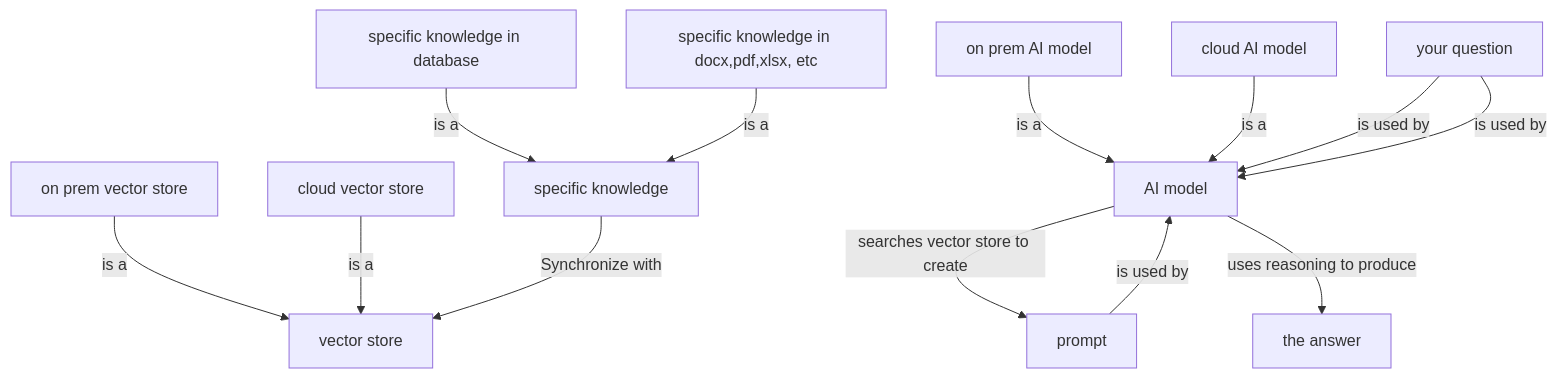
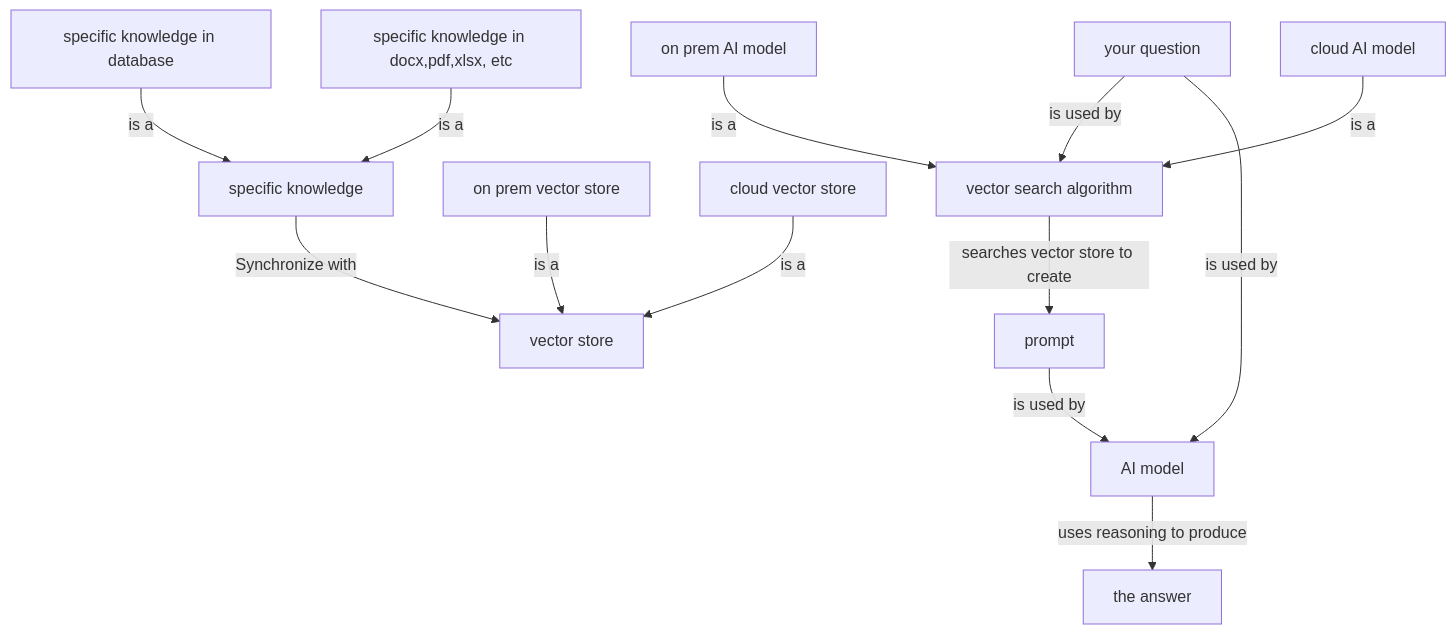
Before and after one commit to milan888-design/special-purpose-ai: the second of 2 diagrams in README.md, drawn with Mermaid. The commit also changed other lines of this file, not shown here.

````diff
--- a/README.md
+++ b/README.md
@@ -31,15 +31,15 @@
 ```mermaid  
 flowchart TD   
     H[specific knowledge in database]-->|is a|A[specific knowledge]   
     I[specific knowledge in docx,pdf,xlsx, etc]-->|is a|A[specific knowledge]    
     J[on prem vector store]-->|is a|B[vector store]   
     K[cloud vector store]-->|is a|B[vector store]   
     L[on prem AI model]-->|is a|D[AI model]   
     M[cloud AI model]-->|is a|D[AI model]    
     A[specific knowledge]-->|Synchronize with|B[vector store]    
     C[your question]-->|is used by|D[vector search algorithm]      
     D[vector search algorithm]-->|searches vector store to create|E[prompt]    
-    C[your question] -->|is used by|D[AI model]     
-    E[prompt]-->|is used by|D[AI model]     
-    D[AI model]-->|uses reasoning to produce|G[the answer]    
+    C[your question] -->|is used by|F[AI model]     
+    E[prompt]-->|is used by|F[AI model]     
+    F[AI model]-->|uses reasoning to produce|G[the answer]    
 ```    
````
